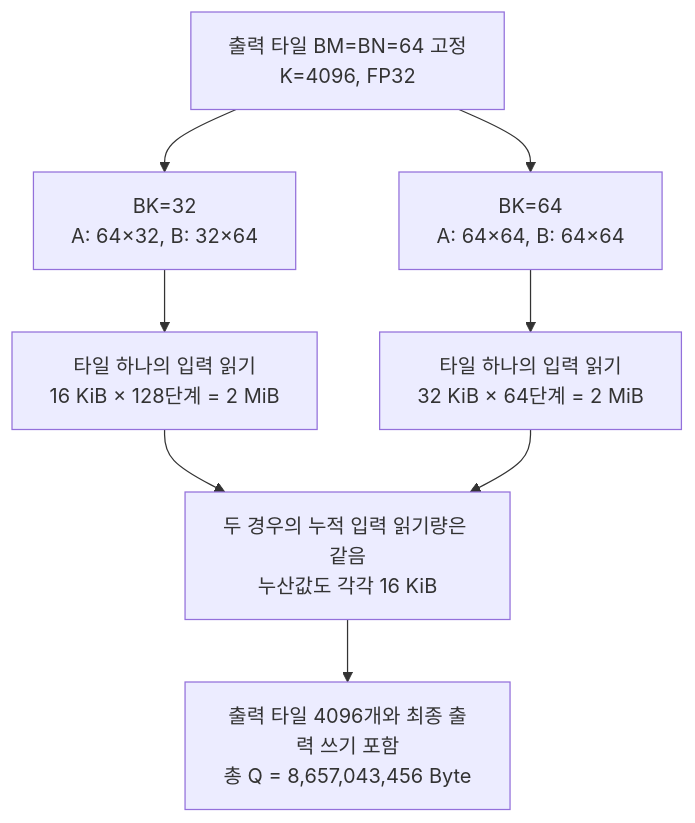
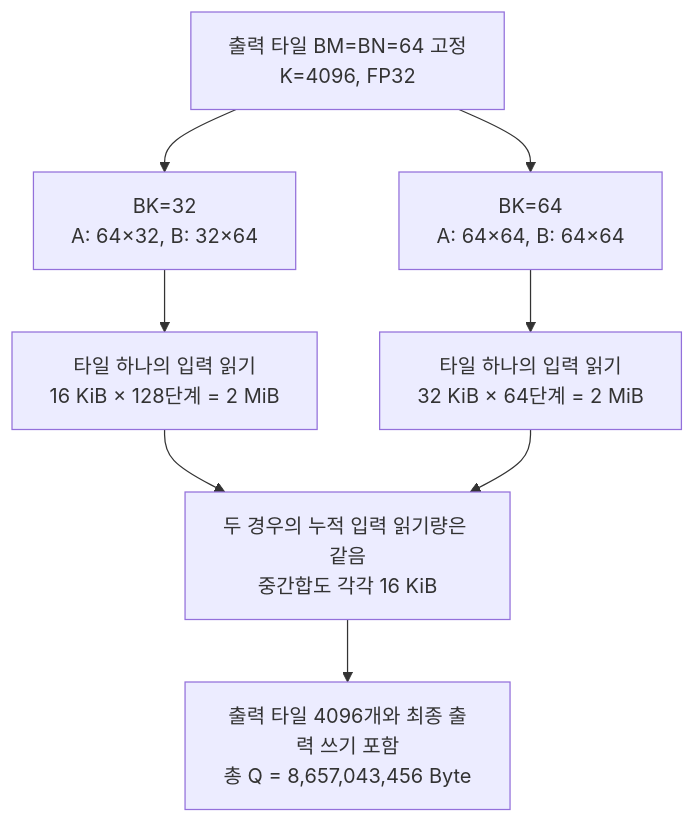
The eighth of 8 diagrams in week04/yblee.md (legato-user-group/tensor2slicon-lab), drawn with Mermaid before and after one commit. The commit also changed other lines of this file, not shown here.

````diff
--- a/week04/yblee.md
+++ b/week04/yblee.md
@@ -1047,11 +1049,11 @@
 ```mermaid
 flowchart TB
     FIX["출력 타일 BM=BN=64 고정<br/>K=4096, FP32"]
     FIX --> SMALL["BK=32<br/>A: 64×32, B: 32×64"]
     FIX --> LARGE["BK=64<br/>A: 64×64, B: 64×64"]
     SMALL --> READ32["타일 하나의 입력 읽기<br/>16 KiB × 128단계 = 2 MiB"]
     LARGE --> READ64["타일 하나의 입력 읽기<br/>32 KiB × 64단계 = 2 MiB"]
-    READ32 --> SAME["두 경우의 누적 입력 읽기량은 같음<br/>누산값도 각각 16 KiB"]
+    READ32 --> SAME["두 경우의 누적 입력 읽기량은 같음<br/>중간합도 각각 16 KiB"]
     READ64 --> SAME
     SAME --> TOTAL["출력 타일 4096개와 최종 출력 쓰기 포함<br/>총 Q = 8,657,043,456 Byte"]
 ```
````
